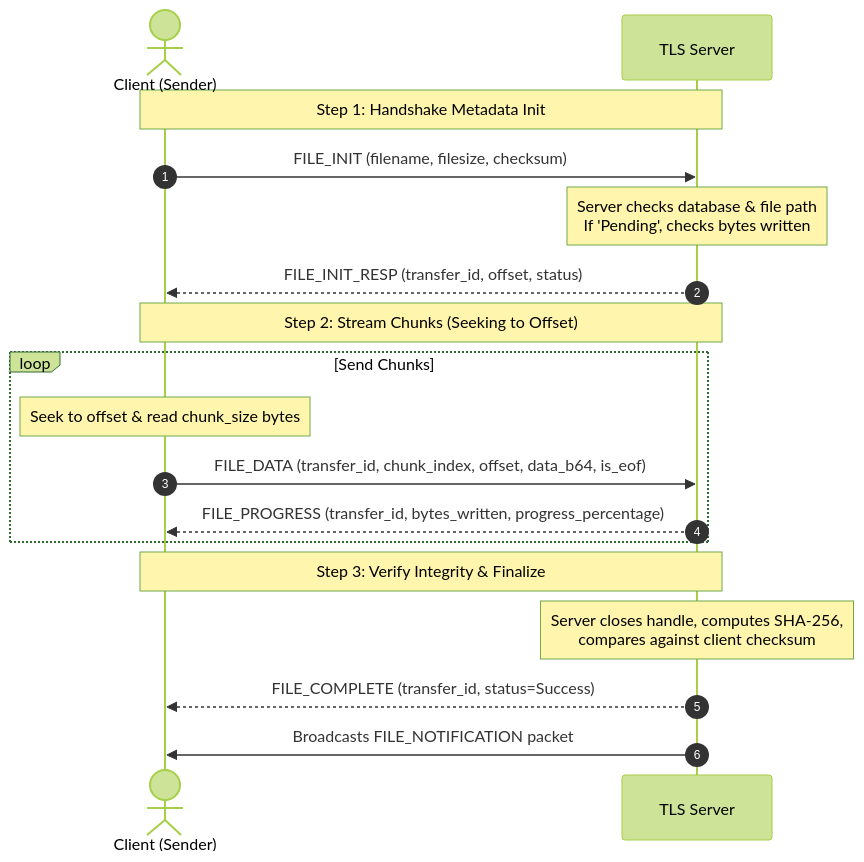
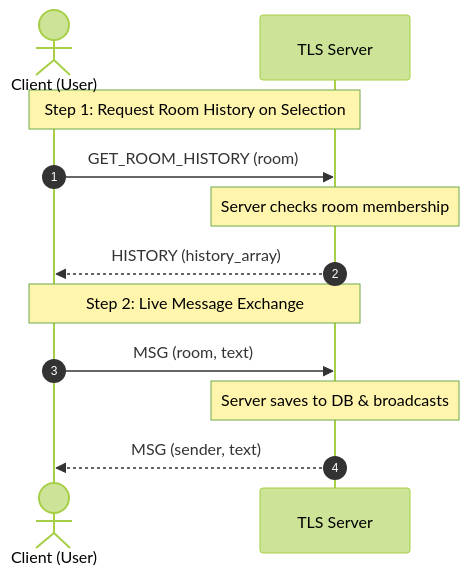
Before and after one commit to beingnayem/tcp-chatroom: the third of 3 diagrams in README.md, drawn with Mermaid (forest theme). The commit also changed other lines of this file, not shown here.

````diff
--- a/README.md
+++ b/README.md
@@ -134,23 +120,16 @@
 ```mermaid
 sequenceDiagram
     autonumber
-    actor Client as Client (Sender)
+    actor Client as Client (User)
     participant Server as TLS Server
     
-    Note over Client,Server: Step 1: Handshake Metadata Init
-    Client->>Server: FILE_INIT (filename, filesize, checksum)
-    Note over Server: Server checks database & file path<br/>If 'Pending', checks bytes written
-    Server-->>Client: FILE_INIT_RESP (transfer_id, offset, status)
+    Note over Client,Server: Step 1: Request Room History on Selection
+    Client->>Server: GET_ROOM_HISTORY (room)
+    Note over Server: Server checks room membership
+    Server-->>Client: HISTORY (history_array)
     
-    Note over Client,Server: Step 2: Stream Chunks (Seeking to Offset)
-    loop Send Chunks
-        Note over Client: Seek to offset & read chunk_size bytes
-        Client->>Server: FILE_DATA (transfer_id, chunk_index, offset, data_b64, is_eof)
-        Server-->>Client: FILE_PROGRESS (transfer_id, bytes_written, progress_percentage)
-    end
-
-    Note over Client,Server: Step 3: Verify Integrity & Finalize
-    Note over Server: Server closes handle, computes SHA-256,<br/>compares against client checksum
-    Server-->>Client: FILE_COMPLETE (transfer_id, status=Success)
-    Server->>Client: Broadcasts FILE_NOTIFICATION packet
+    Note over Client,Server: Step 2: Live Message Exchange
+    Client->>Server: MSG (room, text)
+    Note over Server: Server saves to DB & broadcasts
+    Server-->>Client: MSG (sender, text)
 ```
````
